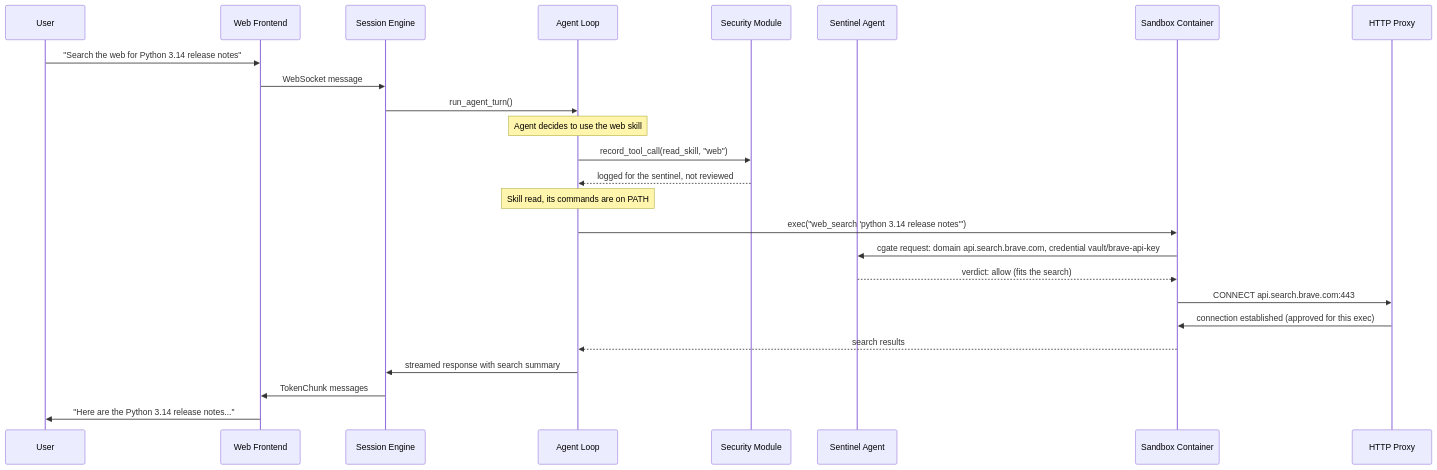
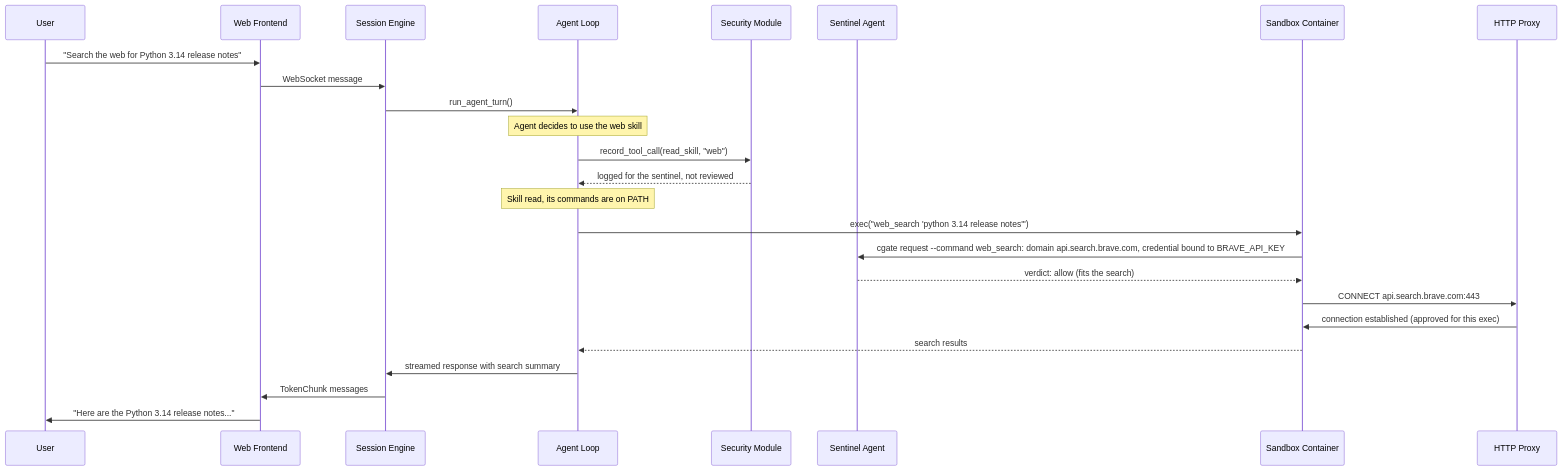
Before and after one commit to thiesgerken/carapace: the third of 3 diagrams in docs/architecture.md, drawn with Mermaid. The commit also changed 28 other files, not shown here.

Commit message:
✨ feat: credential slots, bound in skills/config.json

````diff
--- a/docs/architecture.md
+++ b/docs/architecture.md
@@ -414,33 +414,33 @@
 ```mermaid
 sequenceDiagram
     participant User
     participant Frontend as Web Frontend
     participant Engine as Session Engine
     participant Agent as Agent Loop
     participant Security as Security Module
     participant Sentinel as Sentinel Agent
     participant Sandbox as Sandbox Container
     participant Proxy as HTTP Proxy
 
     User->>Frontend: "Search the web for Python 3.14 release notes"
     Frontend->>Engine: WebSocket message
     Engine->>Agent: run_agent_turn()
 
     Note over Agent: Agent decides to use the web skill
 
     Agent->>Security: record_tool_call(read_skill, "web")
     Security-->>Agent: logged for the sentinel, not reviewed
 
     Note over Agent: Skill read, its commands are on PATH
 
     Agent->>Sandbox: exec("web_search 'python 3.14 release notes'")
-    Sandbox->>Sentinel: cgate request: domain api.search.brave.com, credential vault/brave-api-key
+    Sandbox->>Sentinel: cgate request --command web_search: domain api.search.brave.com, credential bound to BRAVE_API_KEY
     Sentinel-->>Sandbox: verdict: allow (fits the search)
     Sandbox->>Proxy: CONNECT api.search.brave.com:443
     Proxy->>Sandbox: connection established (approved for this exec)
     Sandbox-->>Agent: search results
 
     Agent->>Engine: streamed response with search summary
     Engine->>Frontend: TokenChunk messages
     Frontend->>User: "Here are the Python 3.14 release notes..."
 ```
````
